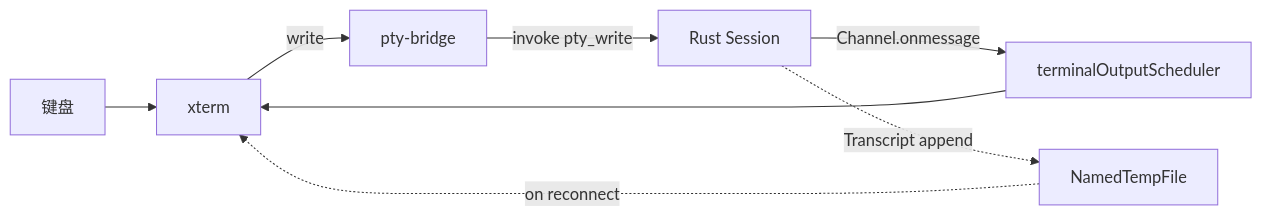
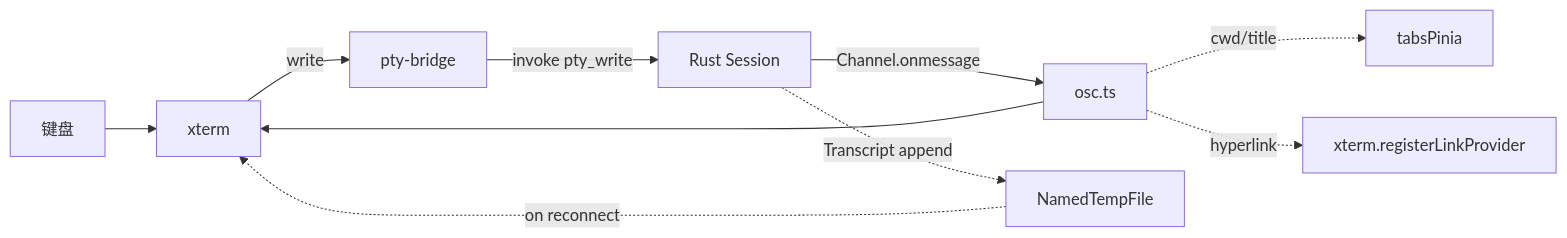
Before and after one commit to xinggaoya/nexterm: the diagram in docs/architecture/terminal/README.md, drawn with Mermaid. The commit also changed other lines of this file and 31 other files, not shown here.

````diff
--- a/docs/architecture/terminal/README.md
+++ b/docs/architecture/terminal/README.md
@@ -77,10 +140,12 @@
 ```mermaid
 graph LR
   K[键盘] --> X[xterm]
   X -->|write| B[pty-bridge]
   B -->|invoke pty_write| R[Rust Session]
-  R -->|Channel.onmessage| S[terminalOutputScheduler]
-  S --> X
+  R -->|Channel.onmessage| OSC[osc.ts]
+  OSC --> X
+  OSC -.->|cwd/title| TAB[tabsPinia]
+  OSC -.->|hyperlink| LINK[xterm.registerLinkProvider]
   R -.->|Transcript append| T[NamedTempFile]
   T -.->|on reconnect| X
 ```
````
